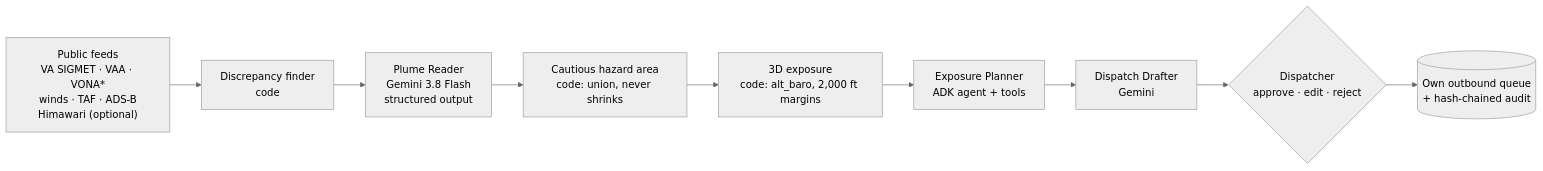
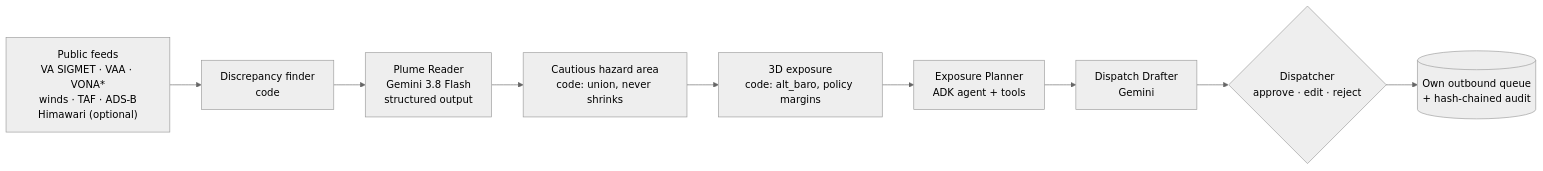
One commit to officialasishkumar/tephra-public changed the diagram in README.md. Above: the diagram before and after it, drawn with Mermaid (neutral theme). The commit also changed other lines of this file and 41 other files, not shown here.

````diff
--- a/README.md
+++ b/README.md
@@ -24,11 +24,11 @@
 ```mermaid
 flowchart LR
   F["Public feeds<br/>VA SIGMET · VAA · VONA*<br/>winds · TAF · ADS-B<br/>Himawari (optional)"] --> D["Discrepancy finder<br/>code"]
   D --> P["Plume Reader<br/>Gemini 3.8 Flash<br/>structured output"]
   P --> C["Cautious hazard area<br/>code: union, never shrinks"]
-  C --> E["3D exposure<br/>code: alt_baro, 2,000 ft margins"]
+  C --> E["3D exposure<br/>code: alt_baro, policy margins"]
   E --> PL["Exposure Planner<br/>ADK agent + tools"]
   PL --> DR["Dispatch Drafter<br/>Gemini"]
   DR --> H{"Dispatcher<br/>approve · edit · reject"}
   H --> Q[("Own outbound queue<br/>+ hash-chained audit")]
 ```
````
